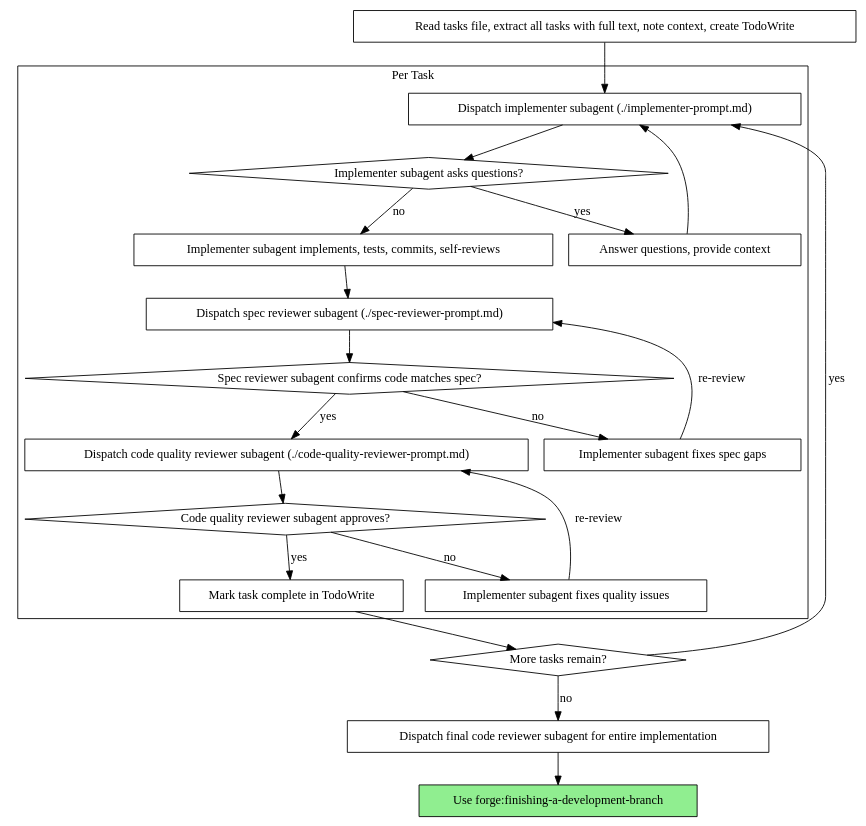
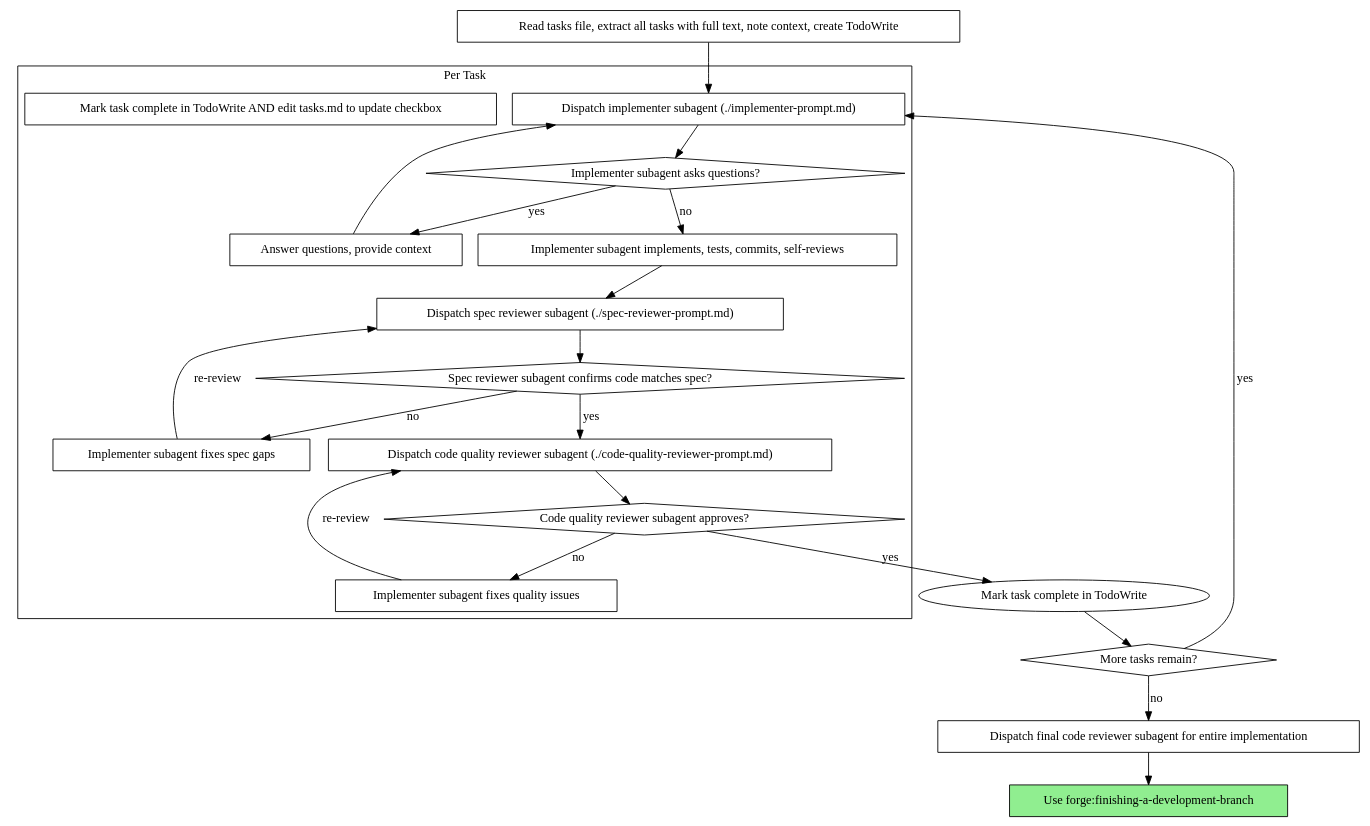
Before and after one commit to GGwujun/openwork: the second of 2 diagrams in .opencode/skills/forge/subagent-driven-development/SKILL.md, drawn with Graphviz. The commit also changed other lines of this file and 4 other files, not shown here.

````diff
--- a/.opencode/skills/forge/subagent-driven-development/SKILL.md
+++ b/.opencode/skills/forge/subagent-driven-development/SKILL.md
@@ -40,44 +40,44 @@
 ```dot
 digraph process {
     rankdir=TB;
 
     subgraph cluster_per_task {
         label="Per Task";
         "Dispatch implementer subagent (./implementer-prompt.md)" [shape=box];
         "Implementer subagent asks questions?" [shape=diamond];
         "Answer questions, provide context" [shape=box];
         "Implementer subagent implements, tests, commits, self-reviews" [shape=box];
         "Dispatch spec reviewer subagent (./spec-reviewer-prompt.md)" [shape=box];
         "Spec reviewer subagent confirms code matches spec?" [shape=diamond];
         "Implementer subagent fixes spec gaps" [shape=box];
         "Dispatch code quality reviewer subagent (./code-quality-reviewer-prompt.md)" [shape=box];
         "Code quality reviewer subagent approves?" [shape=diamond];
         "Implementer subagent fixes quality issues" [shape=box];
-        "Mark task complete in TodoWrite" [shape=box];
+        "Mark task complete in TodoWrite AND edit tasks.md to update checkbox" [shape=box];
     }
 
     "Read tasks file, extract all tasks with full text, note context, create TodoWrite" [shape=box];
     "More tasks remain?" [shape=diamond];
     "Dispatch final code reviewer subagent for entire implementation" [shape=box];
     "Use forge:finishing-a-development-branch" [shape=box style=filled fillcolor=lightgreen];
 
     "Read tasks file, extract all tasks with full text, note context, create TodoWrite" -> "Dispatch implementer subagent (./implementer-prompt.md)";
     "Dispatch implementer subagent (./implementer-prompt.md)" -> "Implementer subagent asks questions?";
     "Implementer subagent asks questions?" -> "Answer questions, provide context" [label="yes"];
     "Answer questions, provide context" -> "Dispatch implementer subagent (./implementer-prompt.md)";
     "Implementer subagent asks questions?" -> "Implementer subagent implements, tests, commits, self-reviews" [label="no"];
     "Implementer subagent implements, tests, commits, self-reviews" -> "Dispatch spec reviewer subagent (./spec-reviewer-prompt.md)";
     "Dispatch spec reviewer subagent (./spec-reviewer-prompt.md)" -> "Spec reviewer subagent confirms code matches spec?";
     "Spec reviewer subagent confirms code matches spec?" -> "Implementer subagent fixes spec gaps" [label="no"];
     "Implementer subagent fixes spec gaps" -> "Dispatch spec reviewer subagent (./spec-reviewer-prompt.md)" [label="re-review"];
     "Spec reviewer subagent confirms code matches spec?" -> "Dispatch code quality reviewer subagent (./code-quality-reviewer-prompt.md)" [label="yes"];
     "Dispatch code quality reviewer subagent (./code-quality-reviewer-prompt.md)" -> "Code quality reviewer subagent approves?";
     "Code quality reviewer subagent approves?" -> "Implementer subagent fixes quality issues" [label="no"];
     "Implementer subagent fixes quality issues" -> "Dispatch code quality reviewer subagent (./code-quality-reviewer-prompt.md)" [label="re-review"];
     "Code quality reviewer subagent approves?" -> "Mark task complete in TodoWrite" [label="yes"];
     "Mark task complete in TodoWrite" -> "More tasks remain?";
     "More tasks remain?" -> "Dispatch implementer subagent (./implementer-prompt.md)" [label="yes"];
     "More tasks remain?" -> "Dispatch final code reviewer subagent for entire implementation" [label="no"];
     "Dispatch final code reviewer subagent for entire implementation" -> "Use forge:finishing-a-development-branch";
 }
 ```
````
